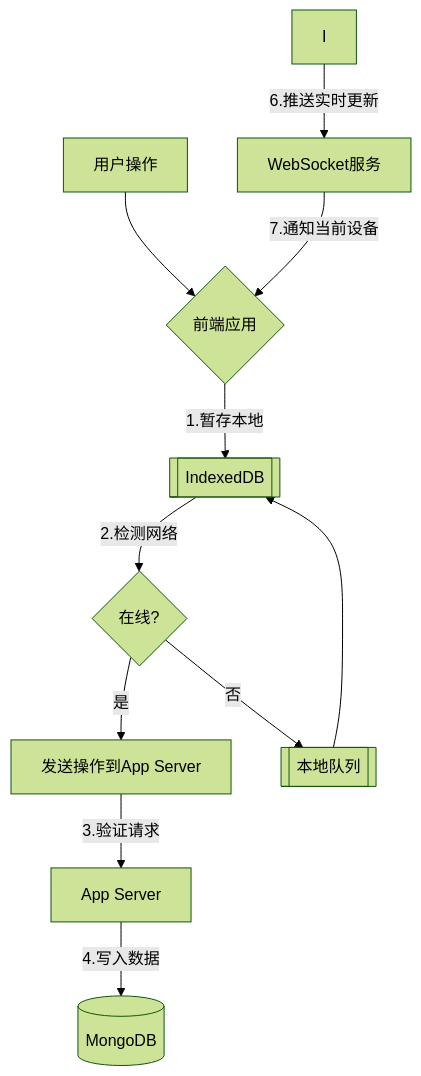
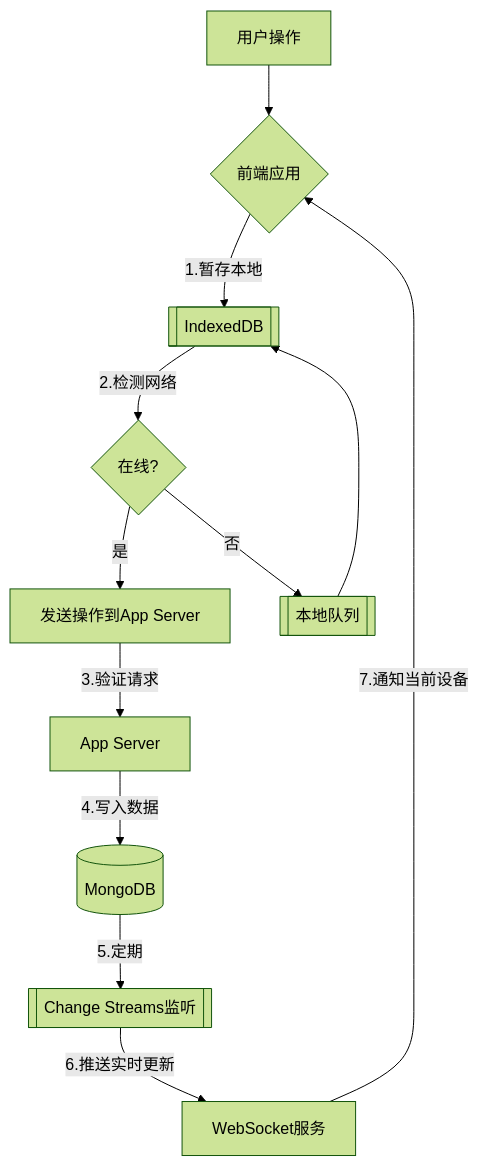
One commit to yingjianzh/iodraw-files changed the diagram in all/未命名-21.md. Above: the diagram before and after it, drawn with Mermaid (forest theme).

Commit message:
2025-02-17 14:53:42 update

````diff
--- a/all/未命名-21.md
+++ b/all/未命名-21.md
@@ -1,13 +1,13 @@
 ```mermaid
 graph TD
     A[用户操作] --> B{前端应用}
     B -->|1.暂存本地| C[[IndexedDB]]
     C -->|2.检测网络| D{在线?}
     D -->|是| E[发送操作到App Server]
     D -->|否| F[[本地队列]] --> C
     E -->|3.验证请求| G[App Server]
     G -->|4.写入数据| H[(MongoDB)]
-    
+    H -->|5.定期| I[[Change Streams监听]]
     I -->|6.推送实时更新| J[WebSocket服务]
     J -->|7.通知当前设备| B
 ```
````
